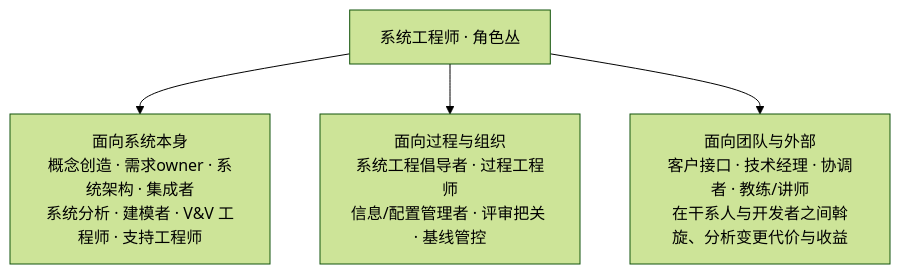
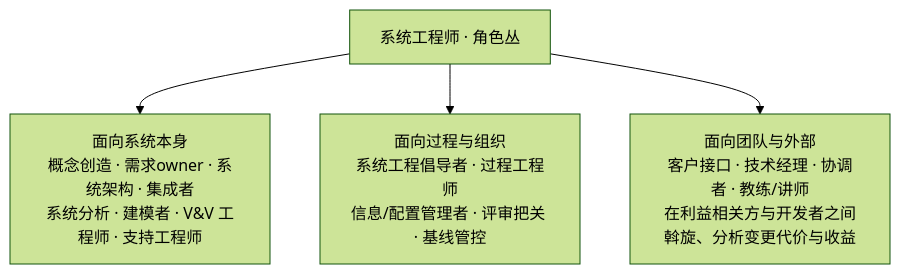
One commit to Yongjunzhou/AOS-system-design changed the fourth of 21 diagrams in 100-subprojects/01-系统工程研究/00-系统工程相关研究报告/13-工程角色谱系研究报告-从模块工程师到系统架构师.md. Above: the diagram before and after it, drawn with Mermaid (forest theme). The commit also changed other lines of this file and 38 other files, not shown here.

````diff
--- a/100-subprojects/01-系统工程研究/00-系统工程相关研究报告/13-工程角色谱系研究报告-从模块工程师到系统架构师.md
+++ b/100-subprojects/01-系统工程研究/00-系统工程相关研究报告/13-工程角色谱系研究报告-从模块工程师到系统架构师.md
@@ -158,6 +180,6 @@
 ```mermaid
 flowchart TD
     SE["系统工程师 · 角色丛"] --> G1["面向系统本身<br/>概念创造 · 需求owner · 系统架构 · 集成者<br/>系统分析 · 建模者 · V&V 工程师 · 支持工程师"]
     SE --> G2["面向过程与组织<br/>系统工程倡导者 · 过程工程师<br/>信息/配置管理者 · 评审把关 · 基线管控"]
-    SE --> G3["面向团队与外部<br/>客户接口 · 技术经理 · 协调者 · 教练/讲师<br/>在干系人与开发者之间斡旋、分析变更代价与收益"]
+    SE --> G3["面向团队与外部<br/>客户接口 · 技术经理 · 协调者 · 教练/讲师<br/>在利益相关方与开发者之间斡旋、分析变更代价与收益"]
 ```
````
